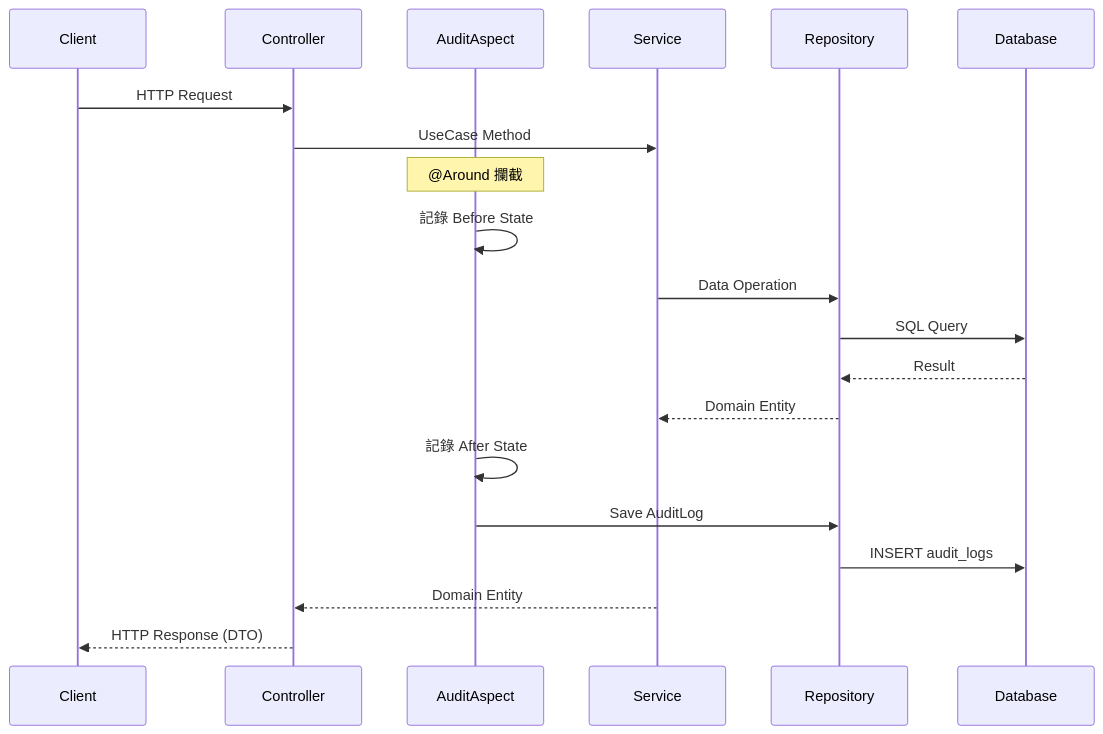
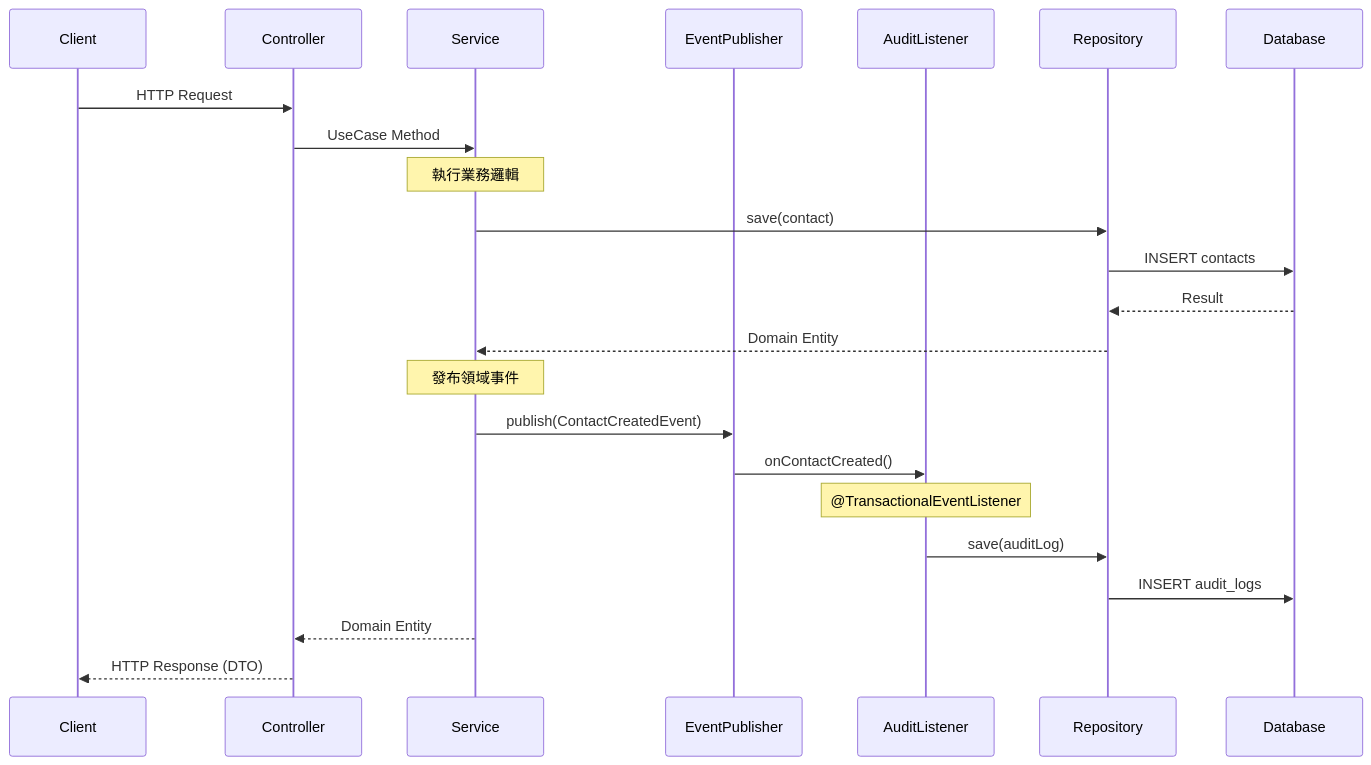
Before and after one commit to ChunPingWang/aop-poc: the third of 6 diagrams in README.md, drawn with Mermaid. The commit also changed other lines of this file and 2 other files, not shown here.

````diff
--- a/README.md
+++ b/README.md
@@ -170,27 +214,30 @@
 ```mermaid
 sequenceDiagram
     participant Client
     participant Controller
-    participant AuditAspect
     participant Service
+    participant EventPublisher
+    participant AuditListener
     participant Repository
     participant Database
 
     Client->>Controller: HTTP Request
     Controller->>Service: UseCase Method
 
-    Note over AuditAspect: @Around 攔截
-    AuditAspect->>AuditAspect: 記錄 Before State
-
-    Service->>Repository: Data Operation
-    Repository->>Database: SQL Query
+    Note over Service: 執行業務邏輯
+    Service->>Repository: save(contact)
+    Repository->>Database: INSERT contacts
     Database-->>Repository: Result
     Repository-->>Service: Domain Entity
 
-    AuditAspect->>AuditAspect: 記錄 After State
-    AuditAspect->>Repository: Save AuditLog
+    Note over Service: 發布領域事件
+    Service->>EventPublisher: publish(ContactCreatedEvent)
+    EventPublisher->>AuditListener: onContactCreated()
+
+    Note over AuditListener: @TransactionalEventListener
+    AuditListener->>Repository: save(auditLog)
     Repository->>Database: INSERT audit_logs
 
     Service-->>Controller: Domain Entity
     Controller-->>Client: HTTP Response (DTO)
 ```
````
